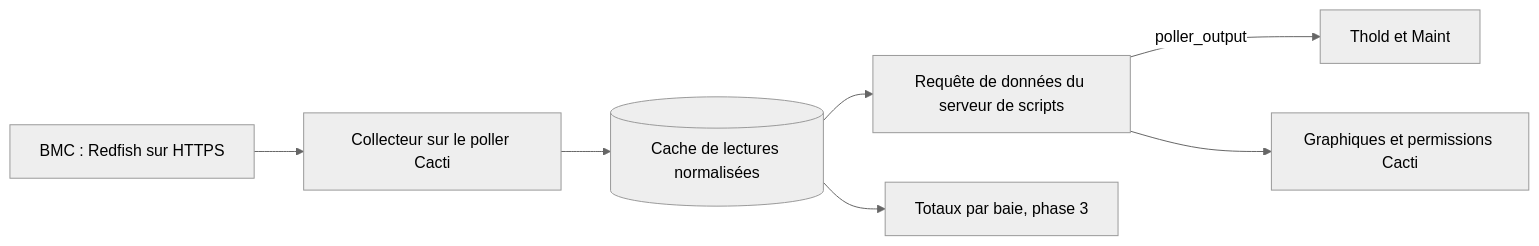
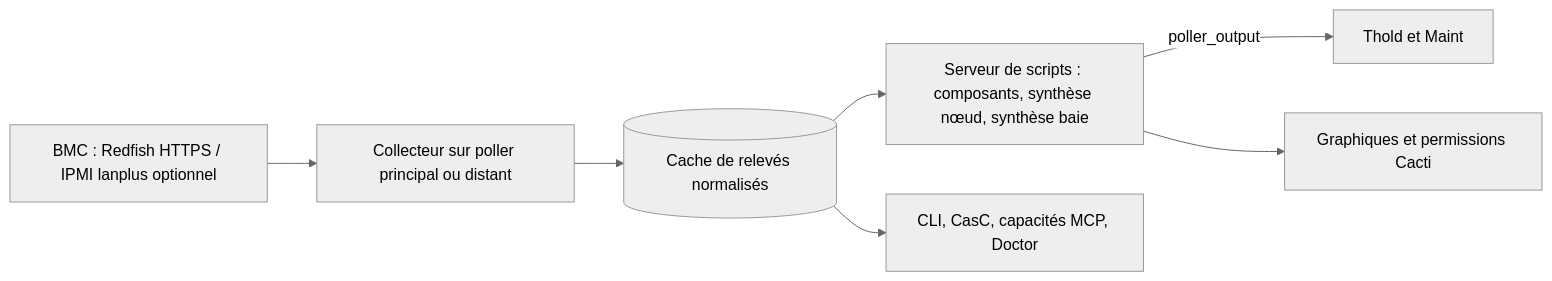
One commit to somethingwithproof/plugin_redfish changed the diagram in docs/i18n/fr-MA/README.md. Above: the diagram before and after it, drawn with Mermaid (neutral theme). The commit also changed other lines of this file and 47 other files, not shown here.

````diff
--- a/docs/i18n/fr-MA/README.md
+++ b/docs/i18n/fr-MA/README.md
@@ -90,9 +140,9 @@
 ```mermaid
 flowchart LR
-    BMC[BMC : Redfish sur HTTPS] --> C[Collecteur sur le poller Cacti]
-    C --> CACHE[(Cache de lectures normalisées)]
-    CACHE --> SS[Requête de données du serveur de scripts]
-    SS -->|poller_output| T[Thold et Maint]
-    SS --> G[Graphiques et permissions Cacti]
-    CACHE --> R[Totaux par baie, phase 3]
+    BMC["BMC : Redfish HTTPS / IPMI lanplus optionnel"] --> C["Collecteur sur poller principal ou distant"]
+    C --> CACHE[("Cache de relevés normalisés")]
+    CACHE --> SS["Serveur de scripts : composants, synthèse nœud, synthèse baie"]
+    SS -->|poller_output| T["Thold et Maint"]
+    SS --> G["Graphiques et permissions Cacti"]
+    CACHE --> ECO["CLI, CasC, capacités MCP, Doctor"]
 ```
````
